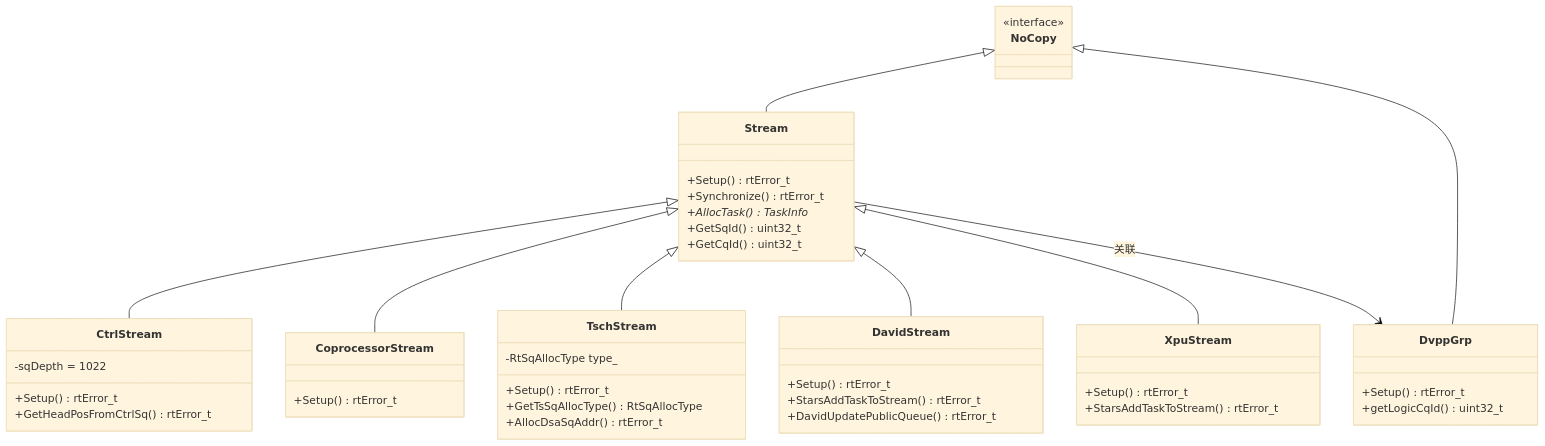
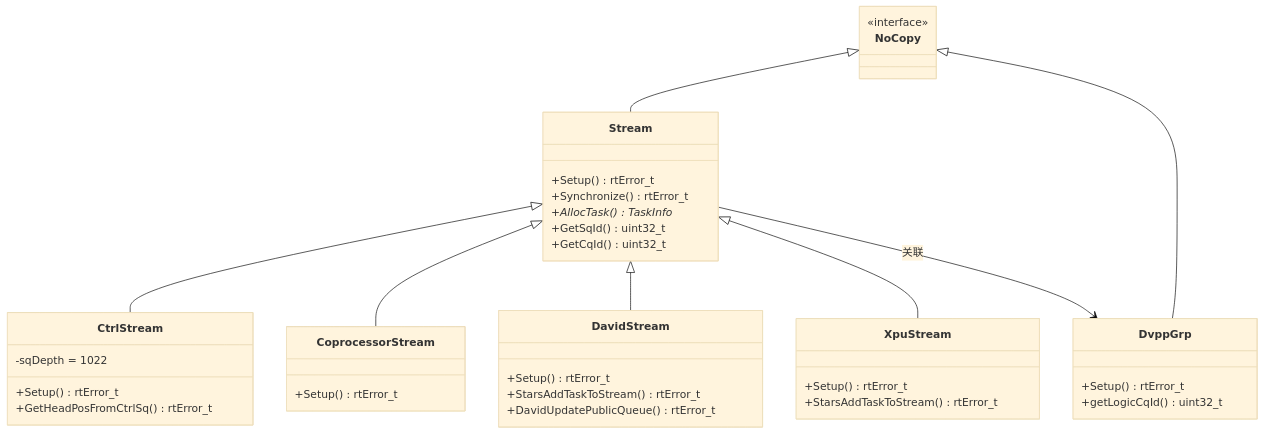
The sixth of 7 diagrams in docs/design/modules/stream/stream.md (18liumin/runtime), drawn with Mermaid (base theme) before and after one commit. The commit also changed other lines of this file and 40 other files, not shown here.

First line of the commit message:
delete DSA Stream

````diff
--- a/docs/design/modules/stream/stream.md
+++ b/docs/design/modules/stream/stream.md
@@ -428,56 +427,48 @@
 ```mermaid
 classDiagram
     class NoCopy {
         <<interface>>
     }
     
     class Stream {
         +Setup() rtError_t
         +Synchronize() rtError_t
         +AllocTask() TaskInfo*
         +GetSqId() uint32_t
         +GetCqId() uint32_t
     }
     
     class CtrlStream {
         +Setup() rtError_t
         +GetHeadPosFromCtrlSq() rtError_t
         -sqDepth = 1022
     }
     
     class CoprocessorStream {
         +Setup() rtError_t
     }
     
-    class TschStream {
-        +Setup() rtError_t
-        +GetTsSqAllocType() RtSqAllocType
-        +AllocDsaSqAddr() rtError_t
-        -RtSqAllocType type_
-    }
-    
     class DavidStream {
         +Setup() rtError_t
         +StarsAddTaskToStream() rtError_t
         +DavidUpdatePublicQueue() rtError_t
     }
     
     class XpuStream {
         +Setup() rtError_t
         +StarsAddTaskToStream() rtError_t
     }
     
     class DvppGrp {
         +Setup() rtError_t
         +getLogicCqId() uint32_t
     }
     
     NoCopy <|-- Stream
     NoCopy <|-- DvppGrp
     Stream <|-- CtrlStream
     Stream <|-- CoprocessorStream
-    Stream <|-- TschStream
     Stream <|-- DavidStream
     Stream <|-- XpuStream
     Stream --> DvppGrp : 关联
 ```
````
